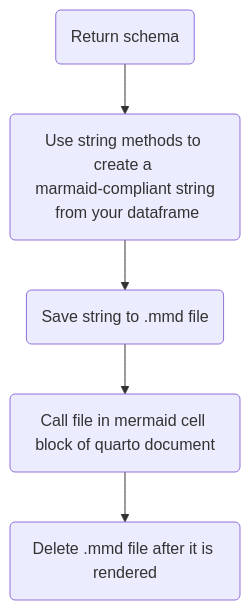
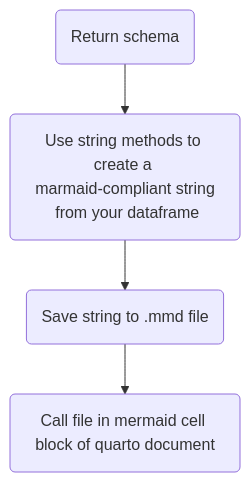
One commit to mc-scott/ds-blog changed the first of 2 diagrams in posts/dynamic-quarto-documentation/index.qmd. Above: the diagram before and after it, drawn with Mermaid. The commit also changed other lines of this file and 7 other files, not shown here.

Commit message:
updating mermaid diagram blog

````diff
--- a/posts/dynamic-quarto-documentation/index.qmd
+++ b/posts/dynamic-quarto-documentation/index.qmd
@@ -36,10 +36,9 @@
 ```{mermaid}
 %%| eval: true
 flowchart TD
     A(Return schema)
     B(Use string methods to create a <br> marmaid-compliant string <br> from your dataframe)
     C(Save string to .mmd file)
     D(Call file in mermaid cell block of quarto document)
-    E(Delete .mmd file after it is rendered)
-    A --> B --> C --> D --> E
+    A --> B --> C --> D 
 ```
````
